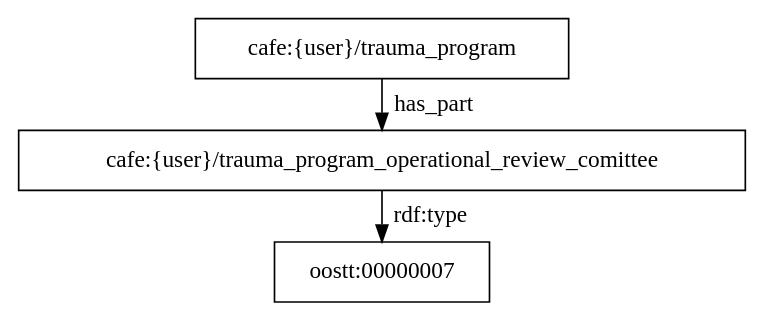
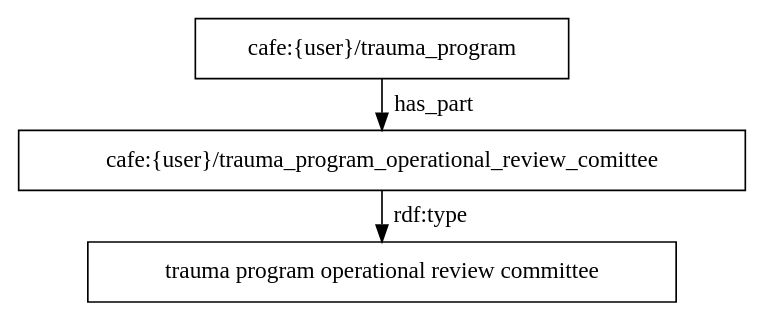
Before and after one commit to utecht/dideo-server: the diagram in cafe/graphs/10.dot, drawn with Graphviz. The commit also changed 20 other files, not shown here.

Commit message:
more graph syntax

```diff
--- a/cafe/graphs/10.dot
+++ b/cafe/graphs/10.dot
@@ -1,5 +1,5 @@
 digraph g { node [shape=rectangle];
 graph [splines=true, nodesep=.5, ranksep=0, overlap=false];
 "cafe:{user}/trauma_program" -> "cafe:{user}/trauma_program_operational_review_comittee" [label="has_part"]
-"cafe:{user}/trauma_program_operational_review_comittee" -> "oostt:00000007" [label="rdf:type"]
+"cafe:{user}/trauma_program_operational_review_comittee" -> "trauma program operational review committee" [label="rdf:type"]
 }
```
